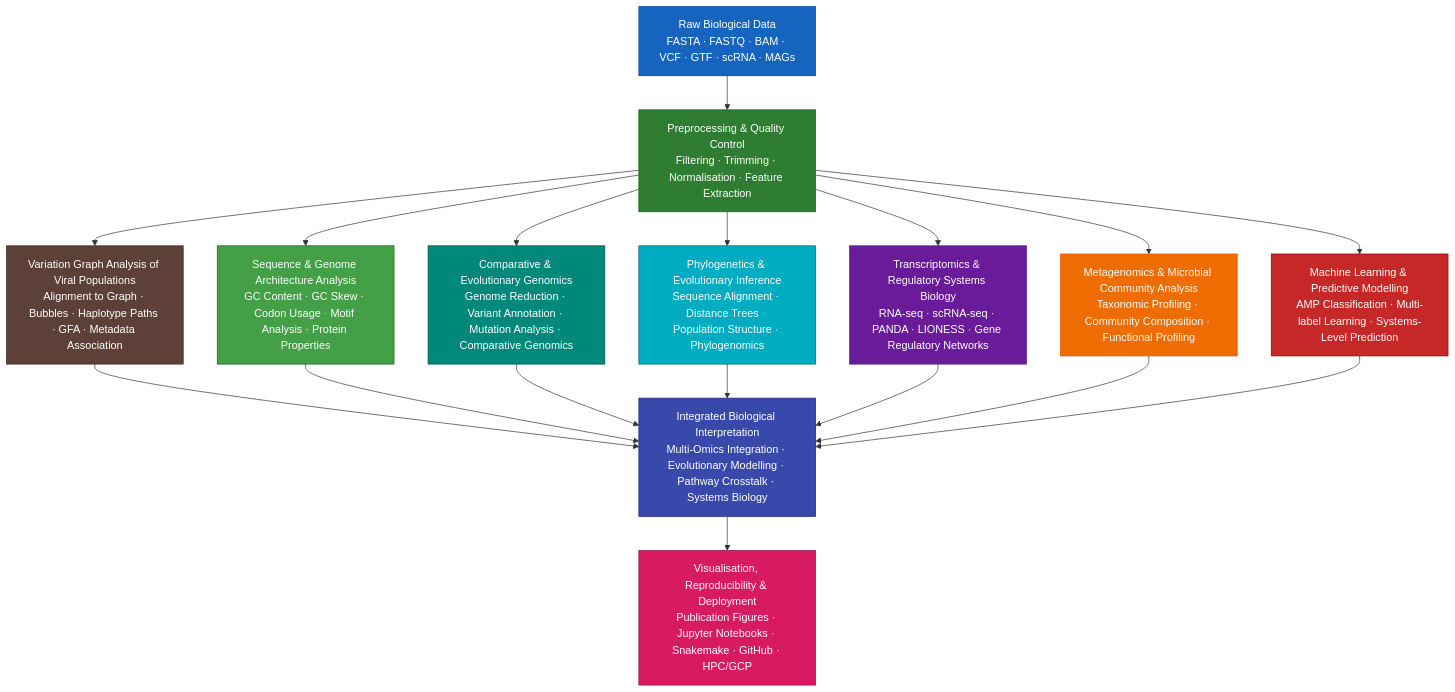
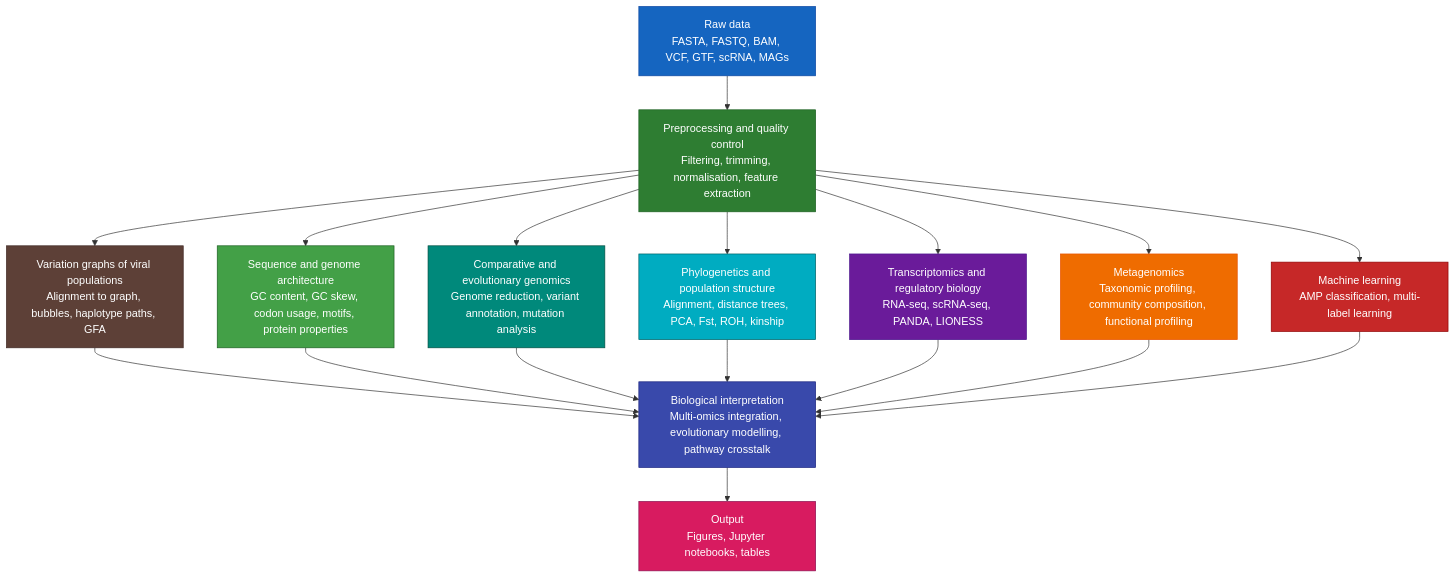
Before and after one commit to Aridoge13/Computational_Biology: the diagram in README.md, drawn with Mermaid. The commit also changed other lines of this file and 2 other files, not shown here.

Commit message:
snp_analysis.py

````diff
--- a/README.md
+++ b/README.md
@@ -113,84 +105,49 @@
 ```mermaid
 graph TD
 
-  A["Raw Biological Data<br/>FASTA · FASTQ · BAM · VCF · GTF · scRNA · MAGs"] 
+  A["Raw data<br/>FASTA, FASTQ, BAM, VCF, GTF, scRNA, MAGs"]
+  --> B["Preprocessing and quality control<br/>Filtering, trimming, normalisation, feature extraction"]
 
-  --> B["Preprocessing & Quality Control<br/>Filtering · Trimming · Normalisation · Feature Extraction"]
-
-  %% =====================================================
-  %% CORE ANALYTICAL MODULES
-  %% =====================================================
-
-  B --> C["Sequence & Genome Architecture Analysis<br/>GC Content · GC Skew · Codon Usage · Motif Analysis · Protein Properties"]
-
-  B --> D["Comparative & Evolutionary Genomics<br/>Genome Reduction · Variant Annotation · Mutation Analysis · Comparative Genomics"]
-
-  B --> E["Phylogenetics & Evolutionary Inference<br/>Sequence Alignment · Distance Trees · Population Structure · Phylogenomics"]
-
-  B --> F["Transcriptomics & Regulatory Systems Biology<br/>RNA-seq · scRNA-seq · PANDA · LIONESS · Gene Regulatory Networks"]
-
-  B --> G["Metagenomics & Microbial Community Analysis<br/>Taxonomic Profiling · Community Composition · Functional Profiling"]
-
-  B --> H["Machine Learning & Predictive Modelling<br/>AMP Classification · Multi-label Learning · Systems-Level Prediction"]
-  B --> K["Variation Graph Analysis of Viral Populations<br/>Alignment to Graph · Bubbles · Haplotype Paths · GFA · Metadata Association"]
+  B --> C["Sequence and genome architecture<br/>GC content, GC skew, codon usage, motifs, protein properties"]
+  B --> D["Comparative and evolutionary genomics<br/>Genome reduction, variant annotation, mutation analysis"]
+  B --> E["Phylogenetics and population structure<br/>Alignment, distance trees, PCA, Fst, ROH, kinship"]
+  B --> F["Transcriptomics and regulatory biology<br/>RNA-seq, scRNA-seq, PANDA, LIONESS"]
+  B --> G["Metagenomics<br/>Taxonomic profiling, community composition, functional profiling"]
+  B --> H["Machine learning<br/>AMP classification, multi-label learning"]
+  B --> K["Variation graphs of viral populations<br/>Alignment to graph, bubbles, haplotype paths, GFA"]
 
   K --> I
 
-  
-
-  %% =====================================================
-  %% INTEGRATION LAYER
-  %% =====================================================
-
-  C --> I["Integrated Biological Interpretation<br/>Multi-Omics Integration · Evolutionary Modelling · Pathway Crosstalk · Systems Biology"]
-
+  C --> I["Biological interpretation<br/>Multi-omics integration, evolutionary modelling, pathway crosstalk"]
   D --> I
   E --> I
   F --> I
   G --> I
   H --> I
 
-  %% =====================================================
-  %% OUTPUT
-  %% =====================================================
-
-  I --> J["Visualisation, Reproducibility & Deployment<br/>Publication Figures · Jupyter Notebooks · Snakemake · GitHub · HPC/GCP"]
-
-  %% =====================================================
-  %% COLOR CLASSES
-  %% =====================================================
+  I --> J["Output<br/>Figures, Jupyter notebooks, tables"]
 
   classDef raw fill:#1565c0,stroke:#0d47a1,color:#fff
   classDef qc fill:#2e7d32,stroke:#1b5e20,color:#fff
-
   classDef seq fill:#43a047,stroke:#1b5e20,color:#fff
   classDef evo fill:#00897b,stroke:#004d40,color:#fff
   classDef phylo fill:#00acc1,stroke:#006064,color:#fff
-
   classDef reg fill:#6a1b9a,stroke:#4a148c,color:#fff
   classDef meta fill:#ef6c00,stroke:#e65100,color:#fff
   classDef ml fill:#c62828,stroke:#8e0000,color:#fff
-
   classDef vgraph fill:#5d4037,stroke:#3e2723,color:#fff
-
   classDef integrate fill:#3949ab,stroke:#1a237e,color:#fff
   classDef output fill:#d81b60,stroke:#880e4f,color:#fff
 
-  %% =====================================================
-  %% APPLY CLASSES
-  %% =====================================================
-
   class A raw
   class B qc
-
   class C seq
   class D evo
   class E phylo
   class F reg
   class G meta
   class H ml
-
+  class K vgraph
   class I integrate
   class J output
-  class K vgraph
 ```
````
